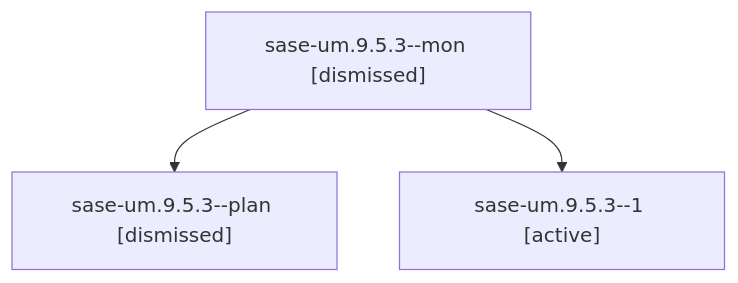
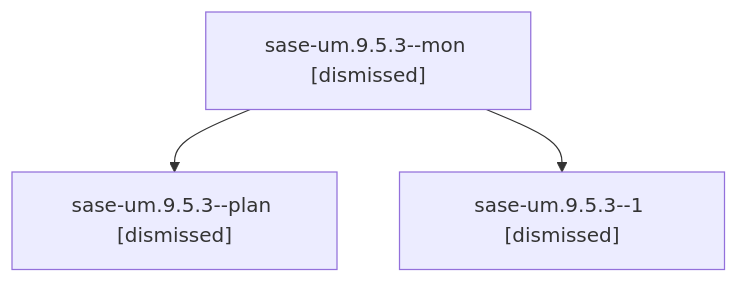
The diagram in sessions/bbugyi200.athena.sase-um.9.5.3.md (sase-org/sase--agents), drawn with Mermaid before and after one commit. The commit also changed other lines of this file and 243 other files, not shown here.

````diff
--- a/sessions/bbugyi200.athena.sase-um.9.5.3.md
+++ b/sessions/bbugyi200.athena.sase-um.9.5.3.md
@@ -9,8 +9,8 @@
 ```mermaid
 flowchart TD
   n0["sase-um.9.5.3--mon [dismissed]"]
   n1["sase-um.9.5.3--plan [dismissed]"]
   n0 --> n1
-  n2["sase-um.9.5.3--1 [active]"]
+  n2["sase-um.9.5.3--1 [dismissed]"]
   n0 --> n2
 ```
````
